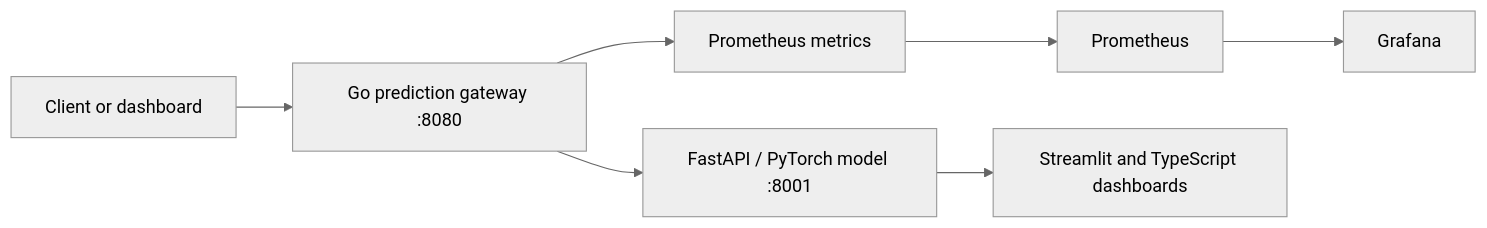
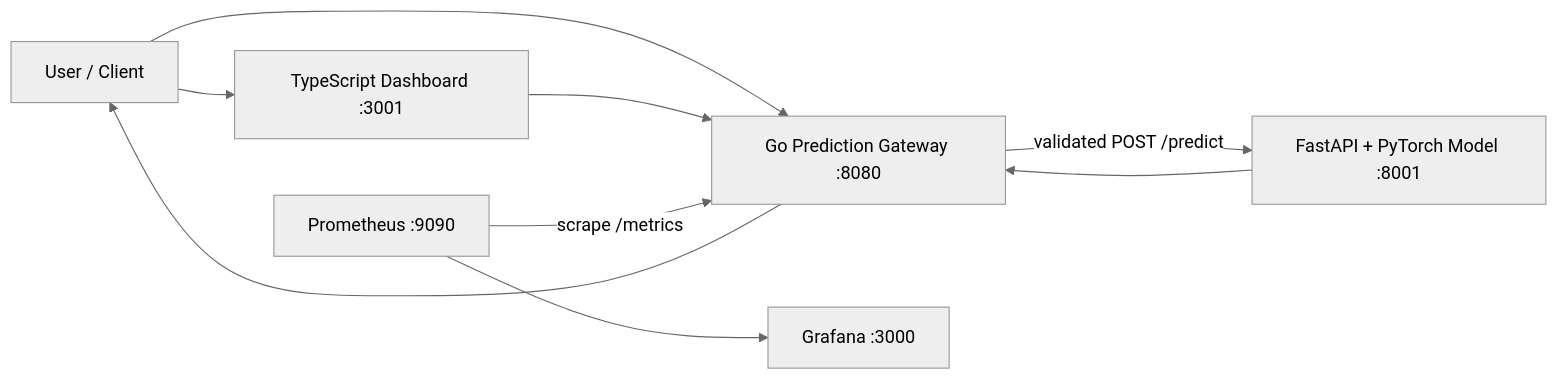
The first of 2 diagrams in README.md (CoreyLeath-code/IntelliOps-AI), drawn with Mermaid (neutral theme) before and after one commit. The commit also changed other lines of this file and 3 other files, not shown here.

````diff
--- a/README.md
+++ b/README.md
@@ -20,9 +32,12 @@
 ```mermaid
 flowchart LR
-    Client[Client or dashboard] --> Gateway[Go prediction gateway :8080]
-    Gateway --> Model[FastAPI / PyTorch model :8001]
-    Gateway --> Metrics[Prometheus metrics]
-    Metrics --> Prometheus[Prometheus]
-    Prometheus --> Grafana[Grafana]
-    Model --> Dashboard[Streamlit and TypeScript dashboards]
+    U[User / Client] --> D[TypeScript Dashboard :3001]
+    U --> G[Go Prediction Gateway :8080]
+    D --> G
+    G -->|validated POST /predict| M[FastAPI + PyTorch Model :8001]
+    M --> G
+    G --> U
+
+    P[Prometheus :9090] -->|scrape /metrics| G
+    P --> F[Grafana :3000]
 ```
````
